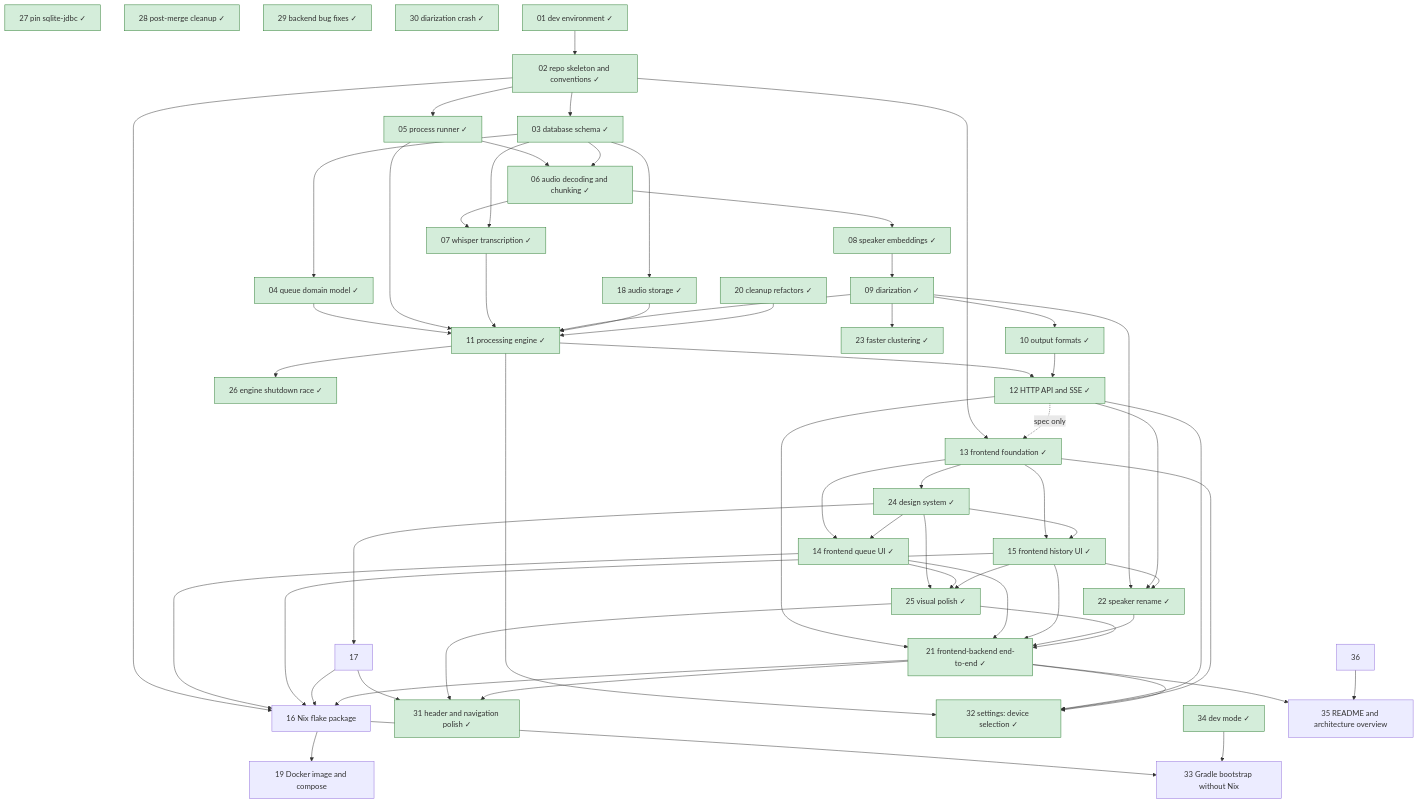
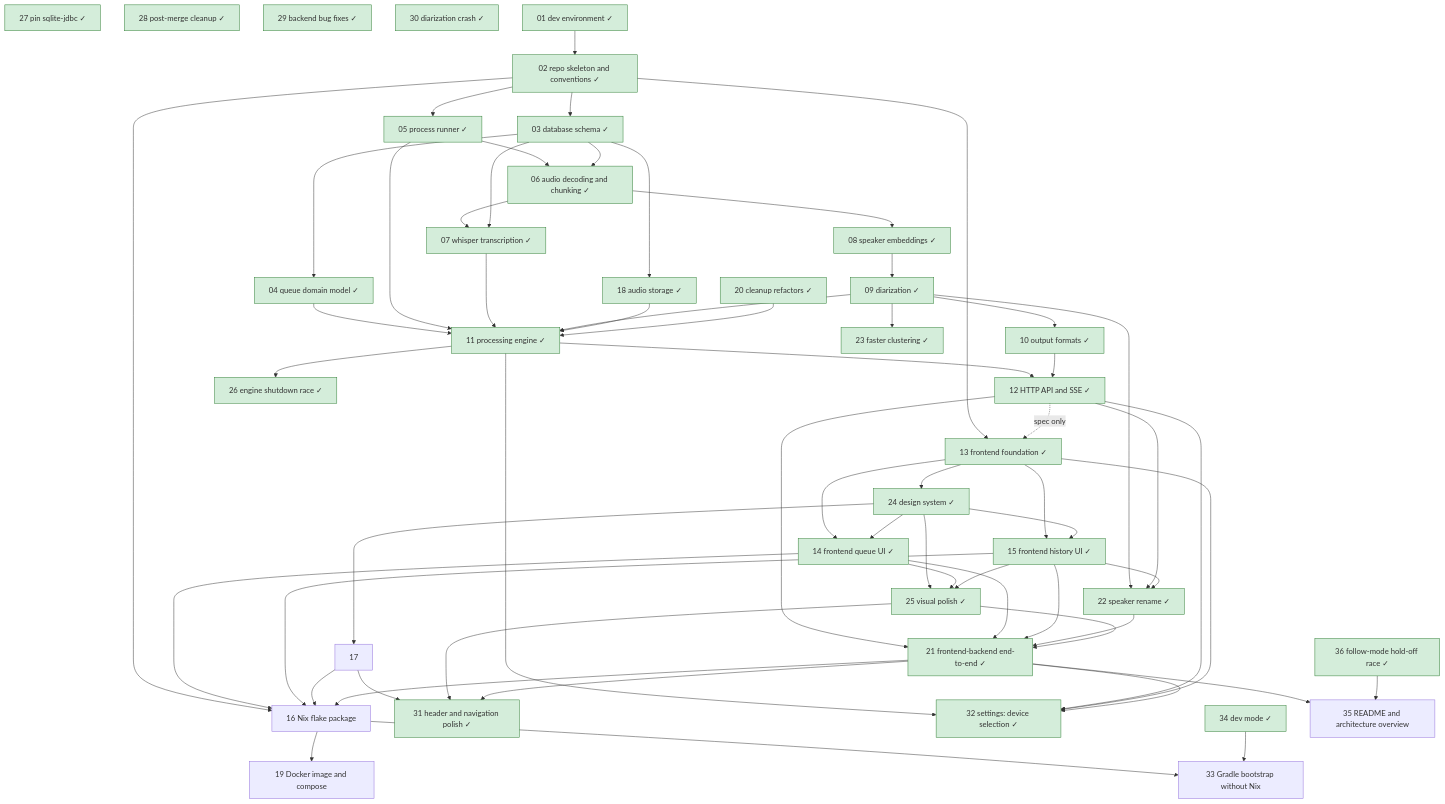
Before and after one commit to lulu-berlin/speech-to-text-app: the diagram in roadmap/README.md, drawn with Mermaid. The commit also changed other lines of this file and 1 other file, not shown here.

Commit message:
Item 36: spec to docs/specs/follow-mode-hold-off-race.md; README done

````diff
--- a/roadmap/README.md
+++ b/roadmap/README.md
@@ -17,68 +17,68 @@
 ```mermaid
 graph TD
   01[01 dev environment ✓]:::done --> 02[02 repo skeleton and conventions ✓]:::done
   02 --> 03[03 database schema ✓]:::done
   03 --> 04[04 queue domain model ✓]:::done
   02 --> 05[05 process runner ✓]:::done
   05 --> 06[06 audio decoding and chunking ✓]:::done
   03 --> 06
   06 --> 07[07 whisper transcription ✓]:::done
   03 --> 07
   06 --> 08[08 speaker embeddings ✓]:::done
   08 --> 09[09 diarization ✓]:::done
   09 --> 10[10 output formats ✓]:::done
   04 --> 11[11 processing engine ✓]:::done
   05 --> 11
   07 --> 11
   09 --> 11
   03 --> 18[18 audio storage ✓]:::done
   18 --> 11
   20 --> 11
   11 --> 12[12 HTTP API and SSE ✓]:::done
   10 --> 12
   02 --> 13[13 frontend foundation ✓]:::done
   12 -. spec only .-> 13
   13 --> 14[14 frontend queue UI ✓]:::done
   13 --> 15[15 frontend history UI ✓]:::done
   02 --> 16[16 Nix flake package]
   14 --> 16
   15 --> 16
   17 --> 16
   20[20 cleanup refactors ✓]:::done
   12 --> 21[21 frontend-backend end-to-end ✓]:::done
   14 --> 21
   15 --> 21
   22 --> 21
   25 --> 21
   16 --> 19[19 Docker image and compose]
   21 --> 16
   09 --> 22[22 speaker rename ✓]:::done
   12 --> 22
   15 --> 22
   09 --> 23[23 faster clustering ✓]:::done
   13 --> 24[24 design system ✓]:::done
   24 --> 14
   24 --> 15
   24 --> 17
   24 --> 25[25 visual polish ✓]:::done
   14 --> 25
   15 --> 25
   11 --> 26[26 engine shutdown race ✓]:::done
   27[27 pin sqlite-jdbc ✓]:::done
   28[28 post-merge cleanup ✓]:::done
   29[29 backend bug fixes ✓]:::done
   30[30 diarization crash ✓]:::done
   17 --> 31[31 header and navigation polish ✓]:::done
   25 --> 31
   21 --> 31
   11 --> 32[32 settings: device selection ✓]:::done
   12 --> 32
   13 --> 32
   21 --> 32
   16 --> 33[33 Gradle bootstrap without Nix]
   34 --> 33
   34[34 dev mode ✓]:::done
   21 --> 35[35 README and architecture overview]
-  36 --> 35[35 README and architecture overview]
+  36[36 follow-mode hold-off race ✓]:::done --> 35[35 README and architecture overview]
   classDef done fill:#d4edda,stroke:#2e7d32
 ```
````
